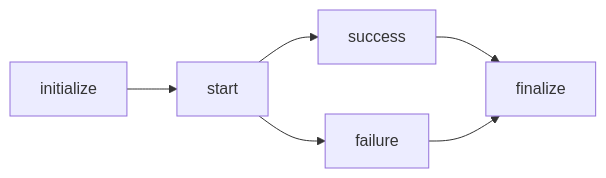
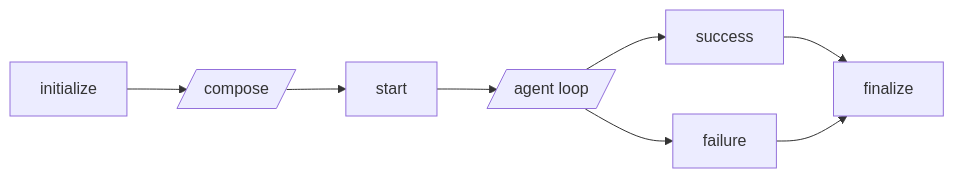
Before and after one commit to yankeeinlondon/rusty-biscuit: the first of 3 diagrams in claudine/docs/topics/flow-control/flow-control.md, drawn with Mermaid. The commit also changed other lines of this file and 1 other file, not shown here.

````diff
--- a/claudine/docs/topics/flow-control/flow-control.md
+++ b/claudine/docs/topics/flow-control/flow-control.md
@@ -63,7 +63,9 @@
 ```mermaid
 flowchart LR
-    initialize --> start --> success --> finalize
+    compose[/compose/]
+    agent[/agent loop/]
+    initialize --> compose --> start --> agent --> success --> finalize
 
-    start --> failure
+    agent --> failure
     failure --> finalize
 ```
````
